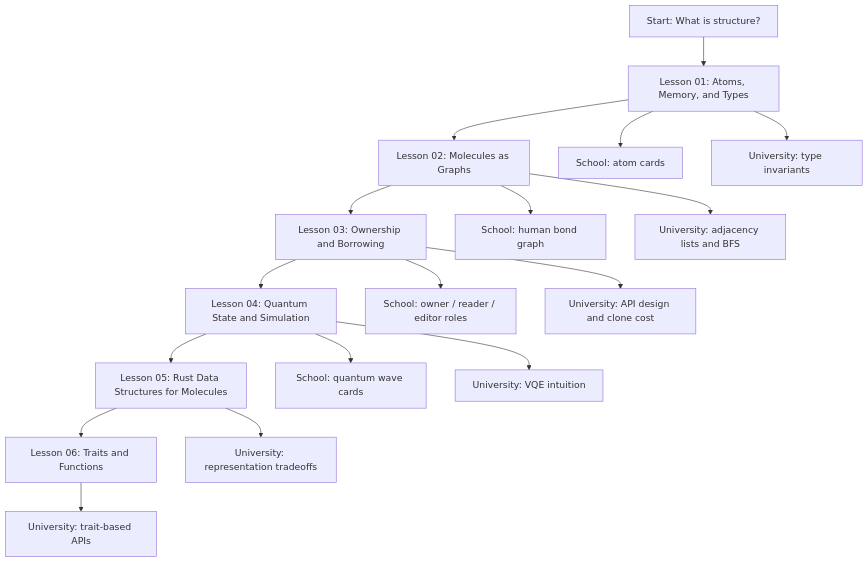
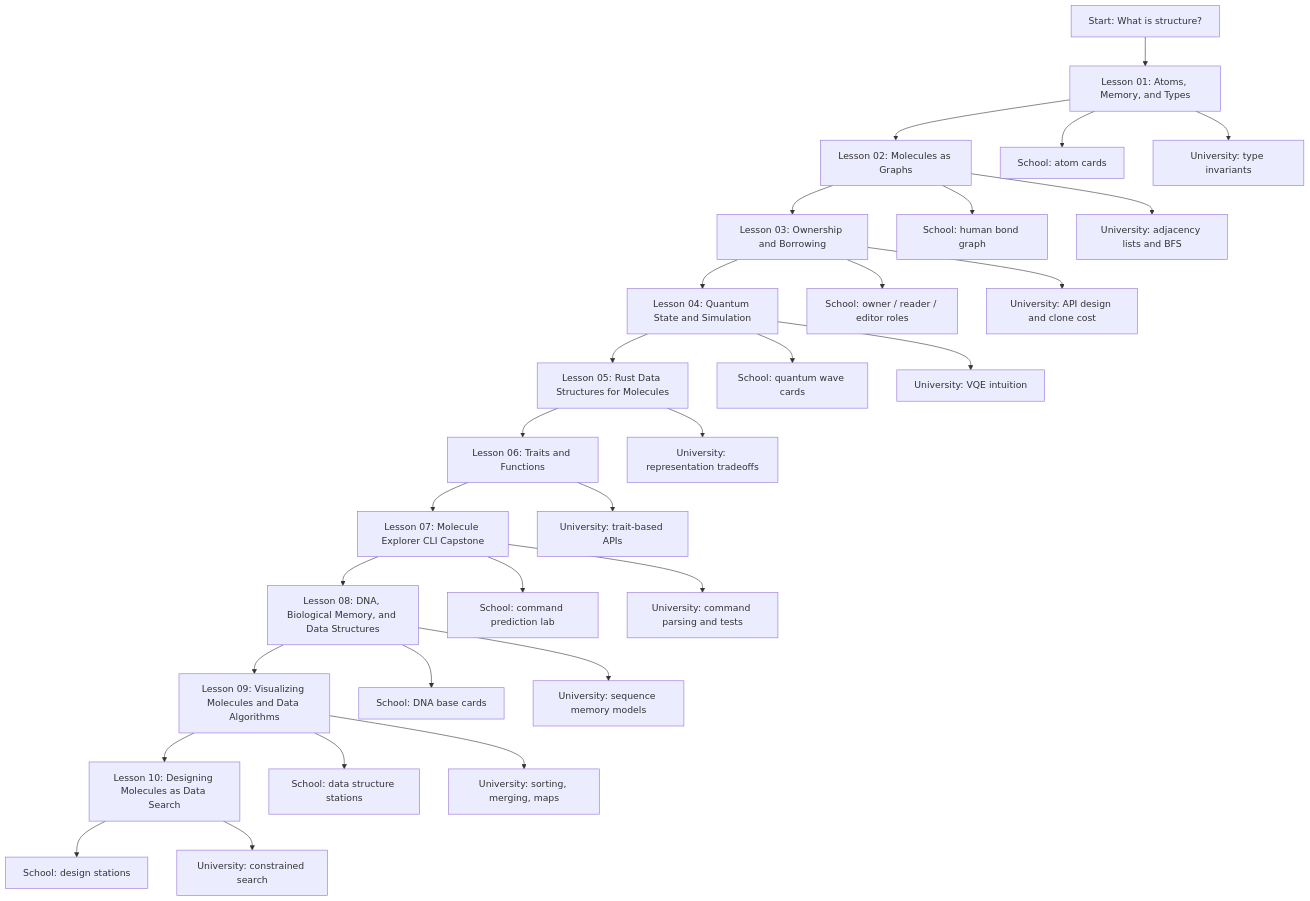
One commit to shastaratech/bio-memory-rust-lab changed the diagram in visuals/mermaid/course-map.md. Above: the diagram before and after it, drawn with Mermaid. The commit also changed 5 other files, not shown here.

Commit message:
docs: add visual molecule algorithms

````diff
--- a/visuals/mermaid/course-map.md
+++ b/visuals/mermaid/course-map.md
@@ -9,21 +9,33 @@
 ```mermaid
 flowchart TD
     A["Start: What is structure?"] --> B["Lesson 01: Atoms, Memory, and Types"]
     B --> C["Lesson 02: Molecules as Graphs"]
     C --> D["Lesson 03: Ownership and Borrowing"]
     D --> E["Lesson 04: Quantum State and Simulation"]
     E --> F["Lesson 05: Rust Data Structures for Molecules"]
     F --> G["Lesson 06: Traits and Functions"]
+    G --> H["Lesson 07: Molecule Explorer CLI Capstone"]
+    H --> I["Lesson 08: DNA, Biological Memory, and Data Structures"]
+    I --> J["Lesson 09: Visualizing Molecules and Data Algorithms"]
+    J --> K["Lesson 10: Designing Molecules as Data Search"]
 
     B --> S1["School: atom cards"]
     C --> S2["School: human bond graph"]
     D --> S3["School: owner / reader / editor roles"]
     E --> S4["School: quantum wave cards"]
+    H --> S7["School: command prediction lab"]
+    I --> S8["School: DNA base cards"]
+    J --> S9["School: data structure stations"]
+    K --> S10["School: design stations"]
 
     B --> U1["University: type invariants"]
     C --> U2["University: adjacency lists and BFS"]
     D --> U3["University: API design and clone cost"]
     E --> U4["University: VQE intuition"]
     F --> U5["University: representation tradeoffs"]
     G --> U6["University: trait-based APIs"]
+    H --> U7["University: command parsing and tests"]
+    I --> U8["University: sequence memory models"]
+    J --> U9["University: sorting, merging, maps"]
+    K --> U10["University: constrained search"]
 ```
````
